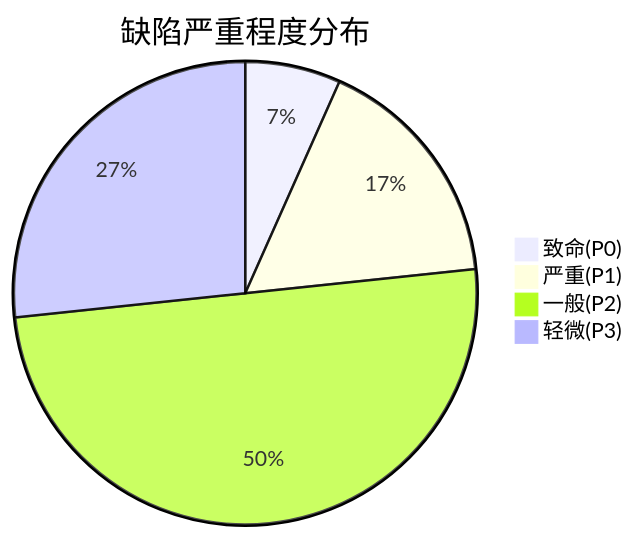
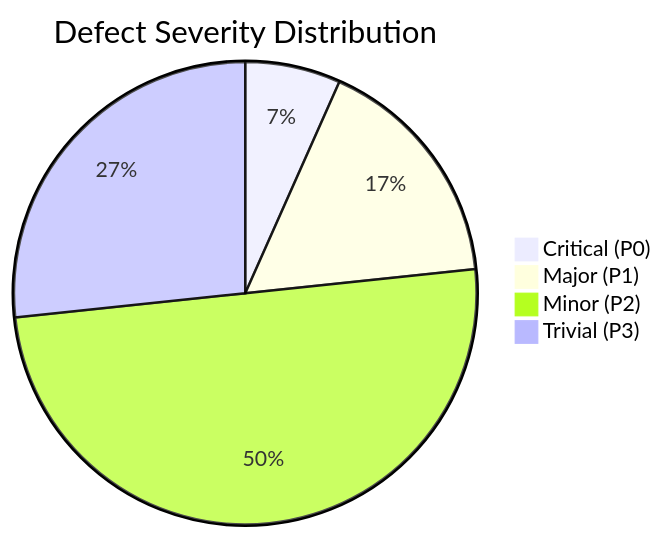
One commit to Kirky-X/cangjie changed the third of 4 diagrams in templates/产品/交付层/【模板】测试报告.md. Above: the diagram before and after it, drawn with Mermaid. The commit also changed other lines of this file and 60 other files, not shown here.

````diff
--- a/templates/产品/交付层/【模板】测试报告.md
+++ b/templates/产品/交付层/【模板】测试报告.md
@@ -216,7 +216,7 @@
 ```mermaid
-pie title 缺陷严重程度分布
-    "致命(P0)" : 2
-    "严重(P1)" : 5
-    "一般(P2)" : 15
-    "轻微(P3)" : 8
+pie title Defect Severity Distribution
+    "Critical (P0)" : 2
+    "Major (P1)" : 5
+    "Minor (P2)" : 15
+    "Trivial (P3)" : 8
 ```
````
